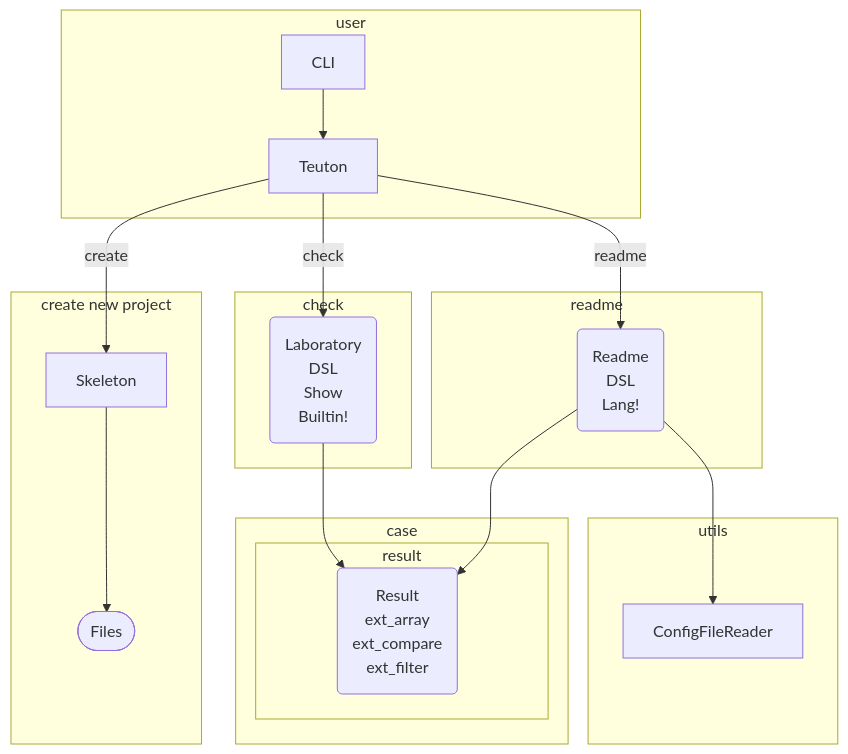
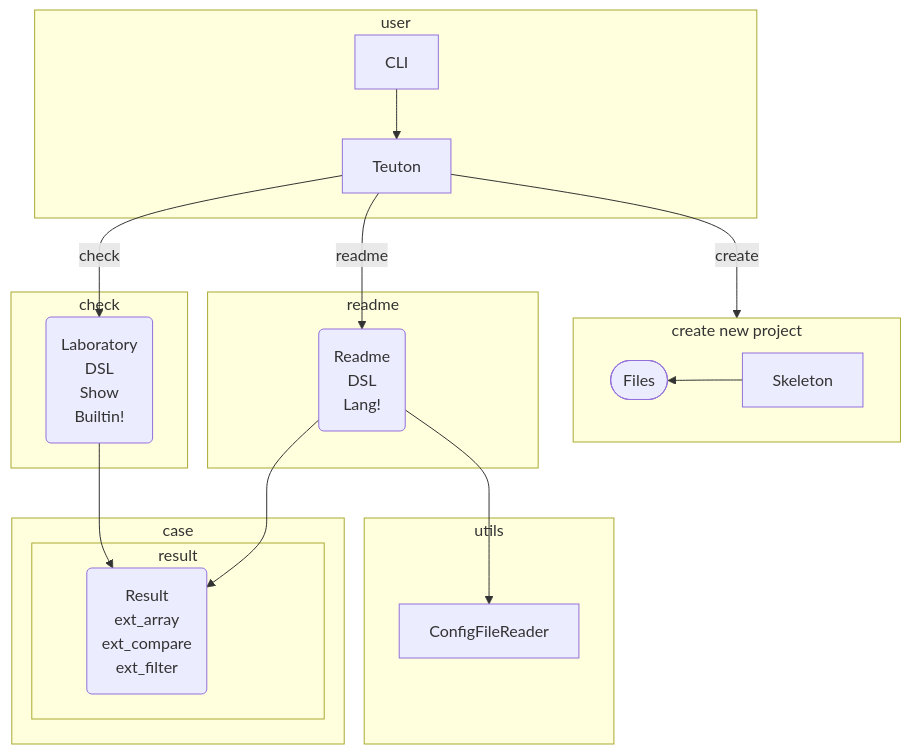
Before and after one commit to teuton-software/teuton: the first of 2 diagrams in docs/diagram.md, drawn with Mermaid.

````diff
--- a/docs/diagram.md
+++ b/docs/diagram.md
@@ -5,32 +5,33 @@
 ```mermaid
 flowchart TB
 
 subgraph user
   CLI --> Teuton
 end
 
 subgraph "create new project"
+  direction RL
   Teuton -- create --> Skeleton
   Skeleton --> Files([Files])
 end
 
 subgraph check
   Teuton -- check --> Laboratory("Laboratory\nDSL\nShow\nBuiltin!")
 end
 
 subgraph readme
   Teuton -- readme --> Readme("Readme\nDSL\nLang!")
 end
 
 subgraph case
 
   subgraph result
     Laboratory --> Result
     Readme --> Result("Result\next_array\next_compare\next_filter")
   end
 end
 
 subgraph utils
   Readme --> ConfigFileReader
 end
 ```
````
